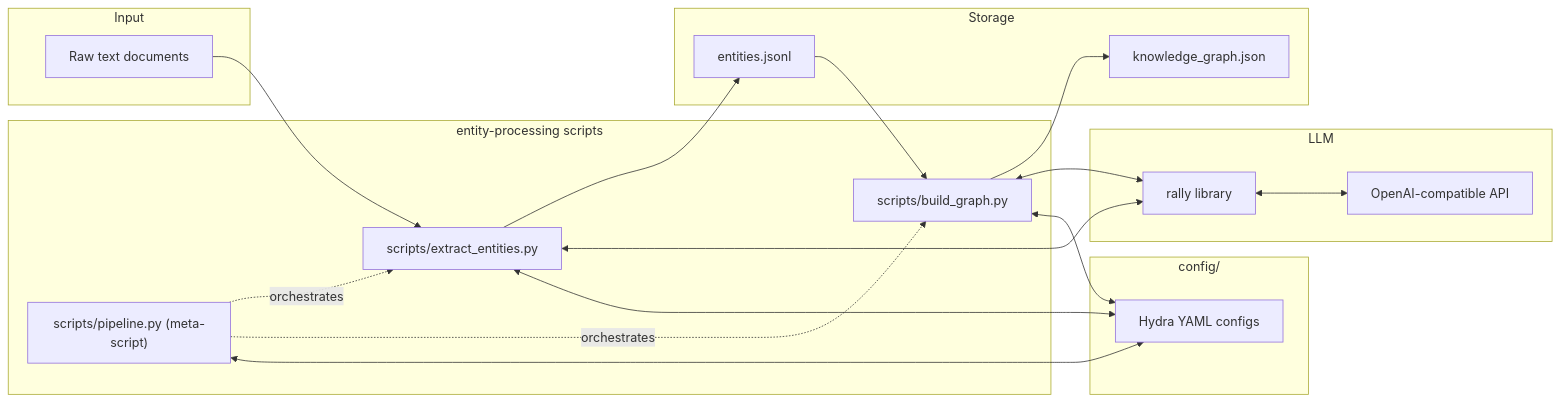
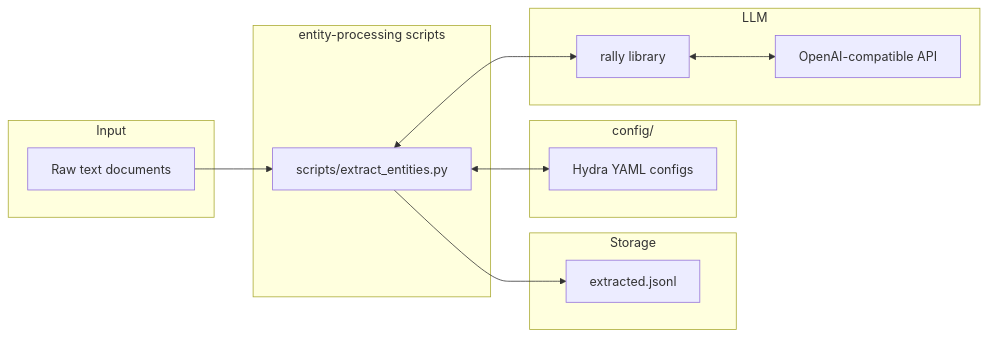
The diagram in .internal/constitution-spec.md (anton-pershin/entity-processing), drawn with Mermaid before and after one commit. The commit also changed other lines of this file and 1 other file, not shown here.

````diff
--- a/.internal/constitution-spec.md
+++ b/.internal/constitution-spec.md
@@ -122,35 +128,28 @@
 ```mermaid
 flowchart LR
     subgraph Input
         A["Raw text documents"]
     end
 
     subgraph EntityProcessing["entity-processing scripts"]
         B["scripts/extract_entities.py"]
-        E["scripts/build_graph.py"]
-        F["scripts/pipeline.py (meta-script)"]
     end
 
     subgraph Storage
-        G["entities.jsonl"]
-        J["knowledge_graph.json"]
+        G["extracted.jsonl"]
     end
 
     subgraph Config["config/"]
         K["Hydra YAML configs"]
     end
 
     subgraph LLM
         L["rally library"]
         M["OpenAI-compatible API"]
     end
 
     A --> B --> G
-    G --> E --> J
 
-    F -. orchestrates .-> B
-    F -. orchestrates .-> E
-
-    B & E <--> L <--> M
-    B & E & F <--> K
+    B <--> L <--> M
+    B <--> K
 ```
````
